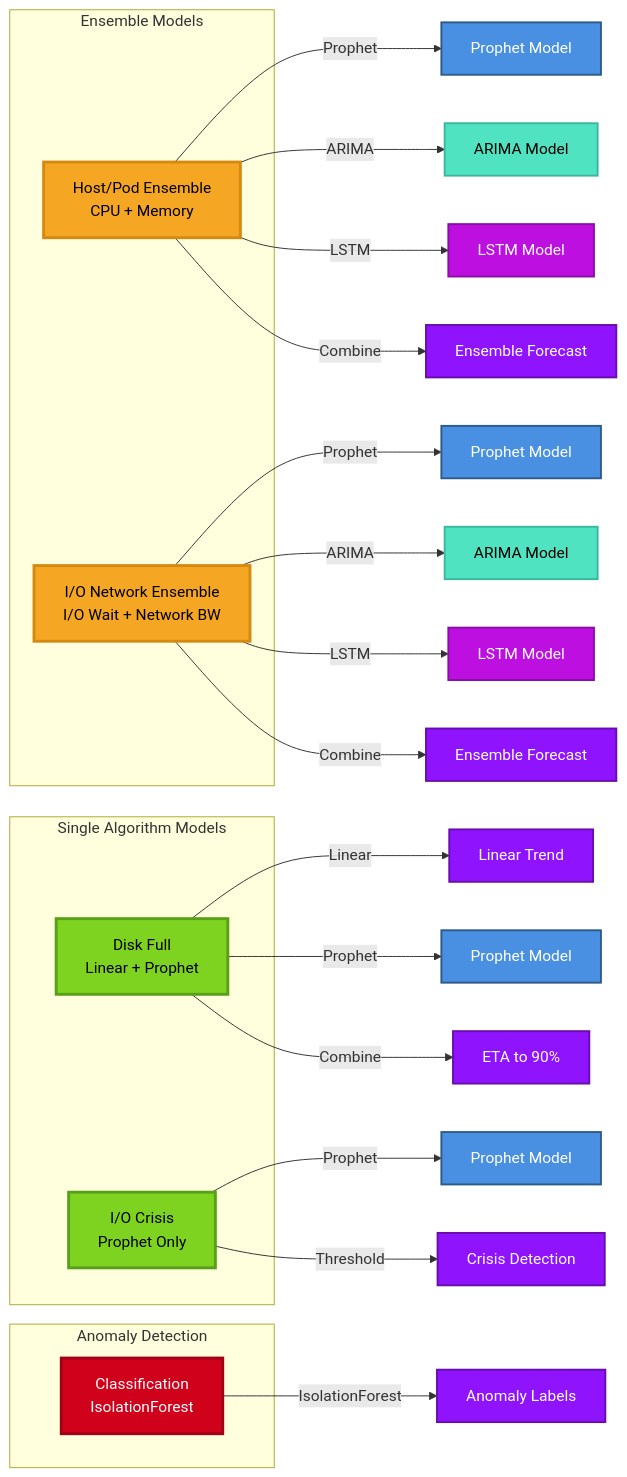
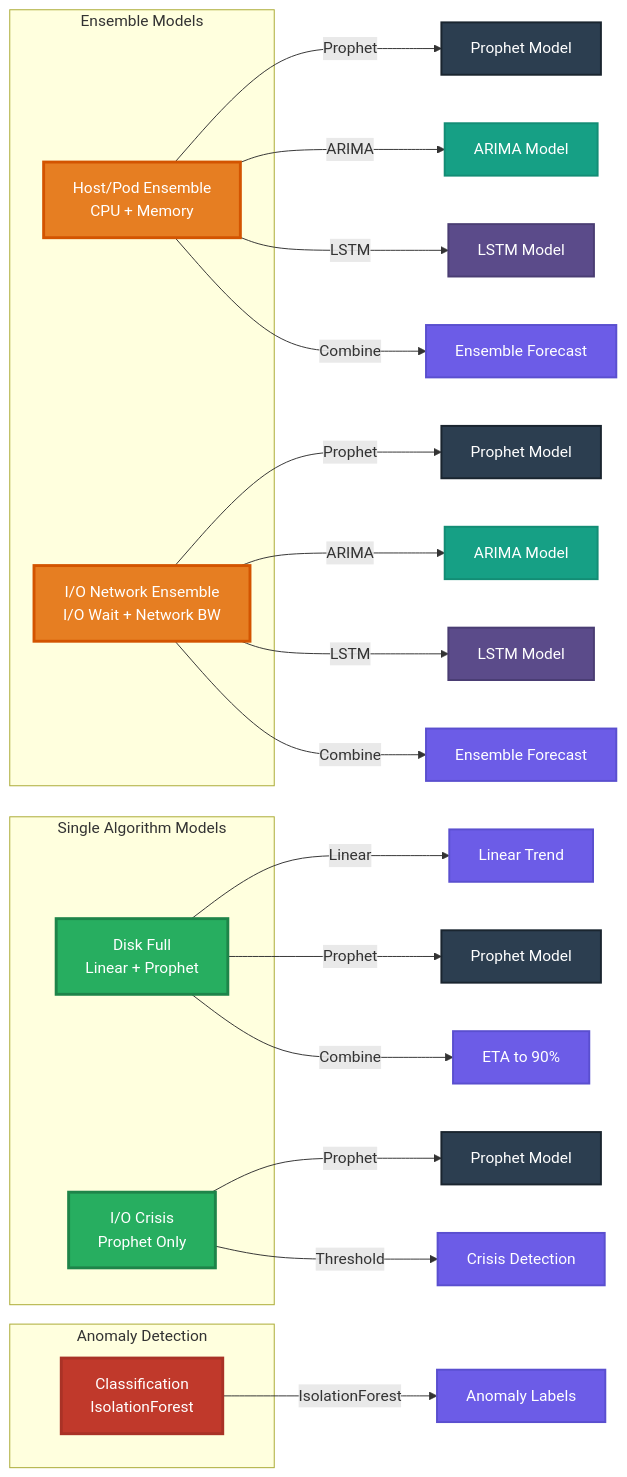
The second of 11 diagrams in Docs/VISUAL_ARCHITECTURE_GUIDE.md (k8sautom8/metrics-ml), drawn with Mermaid before and after one commit. The commit also changed other lines of this file, not shown here.

````diff
--- a/Docs/VISUAL_ARCHITECTURE_GUIDE.md
+++ b/Docs/VISUAL_ARCHITECTURE_GUIDE.md
@@ -121,51 +122,51 @@
 ```mermaid
 graph LR
     subgraph "Ensemble Models"
         HPE[Host/Pod Ensemble<br/>CPU + Memory]
         IOE[I/O Network Ensemble<br/>I/O Wait + Network BW]
     end
     
     subgraph "Single Algorithm Models"
         DFM[Disk Full<br/>Linear + Prophet]
         IOC[I/O Crisis<br/>Prophet Only]
     end
     
     subgraph "Anomaly Detection"
         CLS[Classification<br/>IsolationForest]
     end
     
     HPE --> |Prophet| P1[Prophet Model]
     HPE --> |ARIMA| A1[ARIMA Model]
     HPE --> |LSTM| L1[LSTM Model]
     HPE --> |Combine| E1[Ensemble Forecast]
     
     IOE --> |Prophet| P2[Prophet Model]
     IOE --> |ARIMA| A2[ARIMA Model]
     IOE --> |LSTM| L2[LSTM Model]
     IOE --> |Combine| E2[Ensemble Forecast]
     
     DFM --> |Linear| LT[Linear Trend]
     DFM --> |Prophet| P3[Prophet Model]
     DFM --> |Combine| E3[ETA to 90%]
     
     IOC --> |Prophet| P4[Prophet Model]
     IOC --> |Threshold| CR[Crisis Detection]
     
     CLS --> |IsolationForest| IF[Anomaly Labels]
     
-    classDef ensemble fill:#F5A623,stroke:#D68910,stroke-width:3px,color:#000
-    classDef singleAlgo fill:#7ED321,stroke:#5A9F1A,stroke-width:3px,color:#000
-    classDef anomaly fill:#D0021B,stroke:#A00115,stroke-width:3px,color:#fff
-    classDef prophet fill:#4A90E2,stroke:#2E5C8A,stroke-width:2px,color:#fff
-    classDef arima fill:#50E3C2,stroke:#3AB89F,stroke-width:2px,color:#000
-    classDef lstm fill:#BD10E0,stroke:#8B0DA8,stroke-width:2px,color:#fff
-    classDef output fill:#9013FE,stroke:#6A0DAD,stroke-width:2px,color:#fff
+    classDef ensemble fill:#E67E22,stroke:#D35400,stroke-width:3px,color:#fff
+    classDef singleAlgo fill:#27AE60,stroke:#1E8449,stroke-width:3px,color:#fff
+    classDef anomaly fill:#C0392B,stroke:#A93226,stroke-width:3px,color:#fff
+    classDef prophet fill:#2C3E50,stroke:#1A252F,stroke-width:2px,color:#fff
+    classDef arima fill:#16A085,stroke:#138D75,stroke-width:2px,color:#fff
+    classDef lstm fill:#5B4B8A,stroke:#4A3D73,stroke-width:2px,color:#fff
+    classDef output fill:#6C5CE7,stroke:#5A4FCF,stroke-width:2px,color:#fff
     
     class HPE,IOE ensemble
     class DFM,IOC singleAlgo
     class CLS anomaly
     class P1,P2,P3,P4 prophet
     class A1,A2 arima
     class L1,L2 lstm
     class E1,E2,E3,CR,LT,IF output
 ```
````
